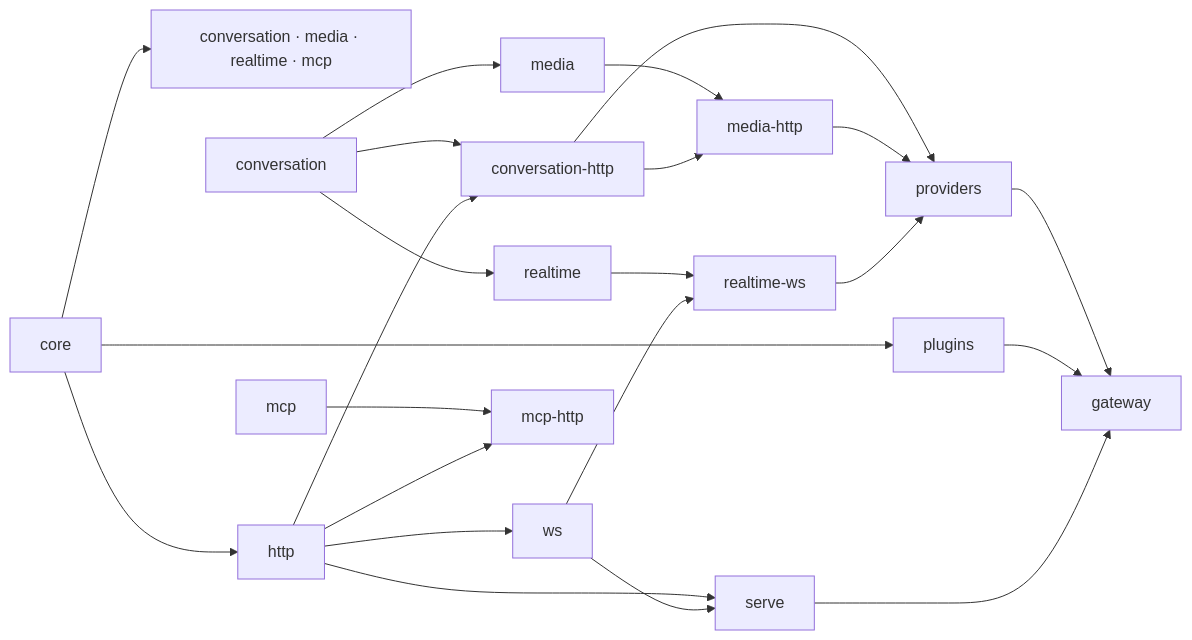
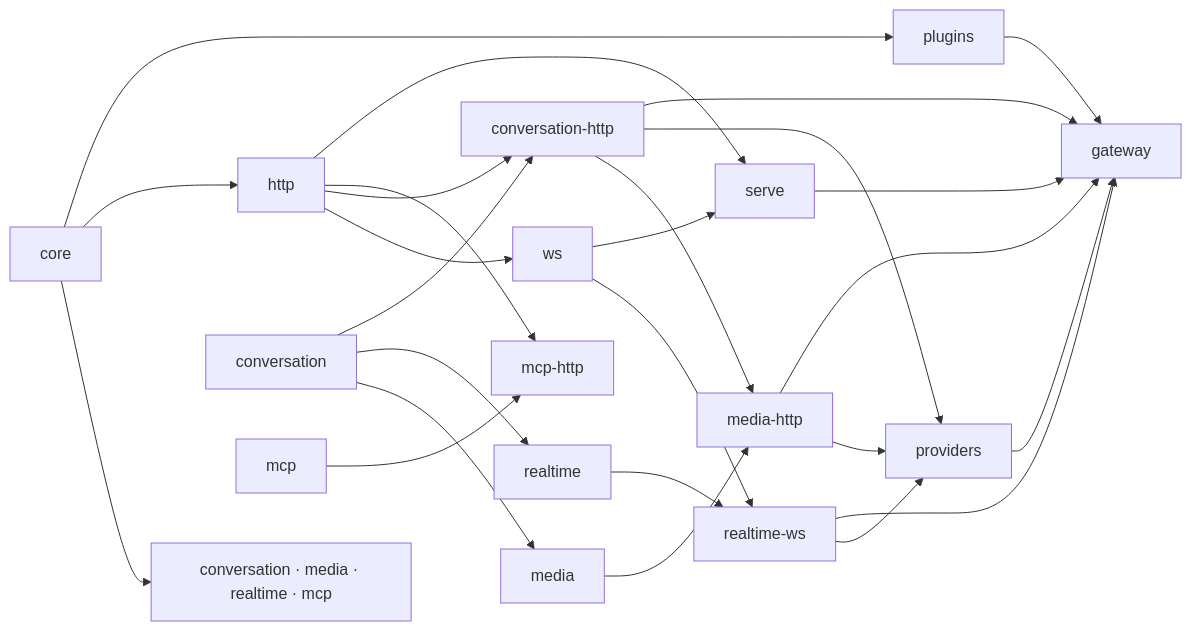
Before and after one commit to Davidson3556/respan-gateway: the diagram in docs/ARCHITECTURE.md, drawn with Mermaid. The commit also changed other lines of this file and 5 other files, not shown here.

````diff
--- a/docs/ARCHITECTURE.md
+++ b/docs/ARCHITECTURE.md
@@ -68,25 +68,28 @@
 ```mermaid
 flowchart LR
     core --> kinds["conversation · media · realtime · mcp"]
     core --> http
     core --> plugins
     conversation --> media
     conversation --> realtime
     http --> ws
     conversation --> conversation-http
     http --> conversation-http
     media --> media-http
     conversation-http --> media-http
     realtime --> realtime-ws
     ws --> realtime-ws
     mcp --> mcp-http
     http --> mcp-http
     conversation-http --> providers
     media-http --> providers
     realtime-ws --> providers
     http --> serve
     ws --> serve
     providers --> gateway
     plugins --> gateway
     serve --> gateway
+    conversation-http --> gateway
+    media-http --> gateway
+    realtime-ws --> gateway
 ```
````
